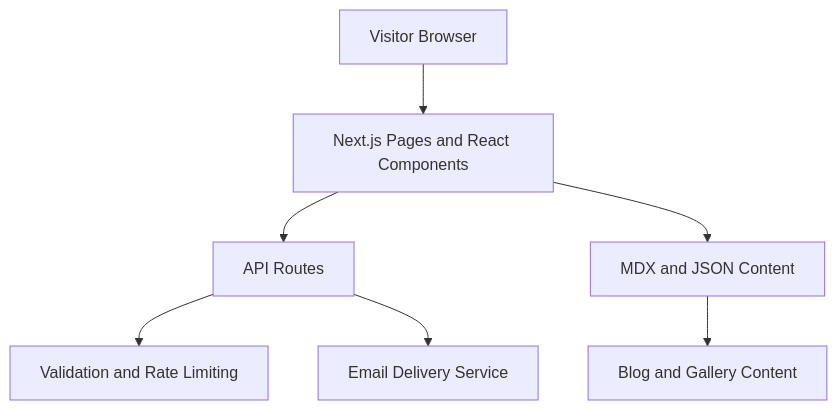
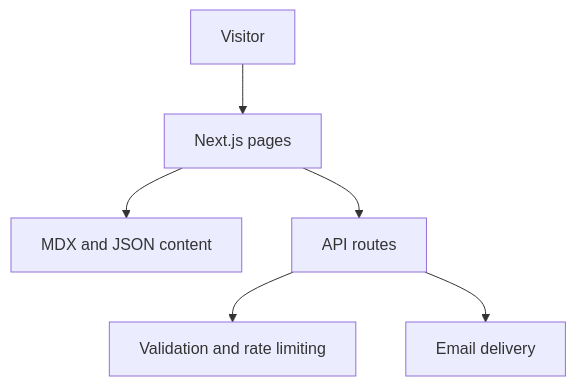
The diagram in products/start-canada-marketing-site.md (gokselkacar/selected-products), drawn with Mermaid before and after one commit. The commit also changed other lines of this file and 61 other files, not shown here.

````diff
--- a/products/start-canada-marketing-site.md
+++ b/products/start-canada-marketing-site.md
@@ -73,9 +38,8 @@
 ```mermaid
 flowchart TD
-    U[Visitor Browser] --> P[Next.js Pages and React Components]
-    P --> A[API Routes]
-    P --> C[MDX and JSON Content]
-    A --> V[Validation and Rate Limiting]
-    A --> E[Email Delivery Service]
-    C --> G[Blog and Gallery Content]
+    U[Visitor] --> P[Next.js pages]
+    P --> C[MDX and JSON content]
+    P --> A[API routes]
+    A --> V[Validation and rate limiting]
+    A --> E[Email delivery]
 ```
````
